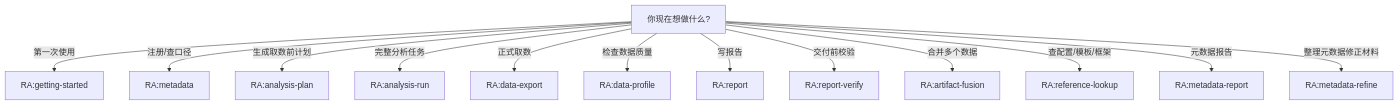
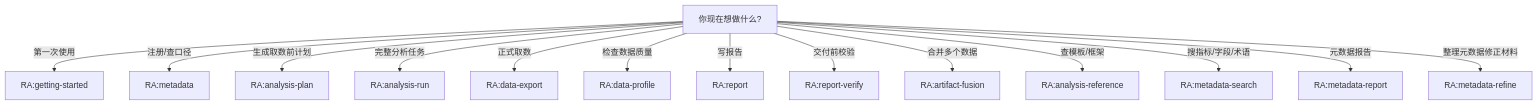
Before and after one commit to dabaige53/RealAnalyst: the second of 4 diagrams in skills/README.md, drawn with Mermaid. The commit also changed other lines of this file and 36 other files, not shown here.

````diff
--- a/skills/README.md
+++ b/skills/README.md
@@ -127,16 +129,17 @@
 ```mermaid
 flowchart TD
     Q[你现在想做什么?]
     Q -->|第一次使用| GS["RA:getting-started"]
     Q -->|注册/查口径| M["RA:metadata"]
     Q -->|生成取数前计划| AP["RA:analysis-plan"]
     Q -->|完整分析任务| AR["RA:analysis-run"]
     Q -->|正式取数| EX["RA:data-export"]
     Q -->|检查数据质量| DP["RA:data-profile"]
     Q -->|写报告| R["RA:report"]
     Q -->|交付前校验| RV["RA:report-verify"]
     Q -->|合并多个数据| AF["RA:artifact-fusion"]
-    Q -->|查配置/模板/框架| RL["RA:reference-lookup"]
+    Q -->|查模板/框架| RL["RA:analysis-reference"]
+    Q -->|搜指标/字段/术语| MS["RA:metadata-search"]
     Q -->|元数据报告| MR["RA:metadata-report"]
     Q -->|整理元数据修正材料| REF["RA:metadata-refine"]
 ```
````
